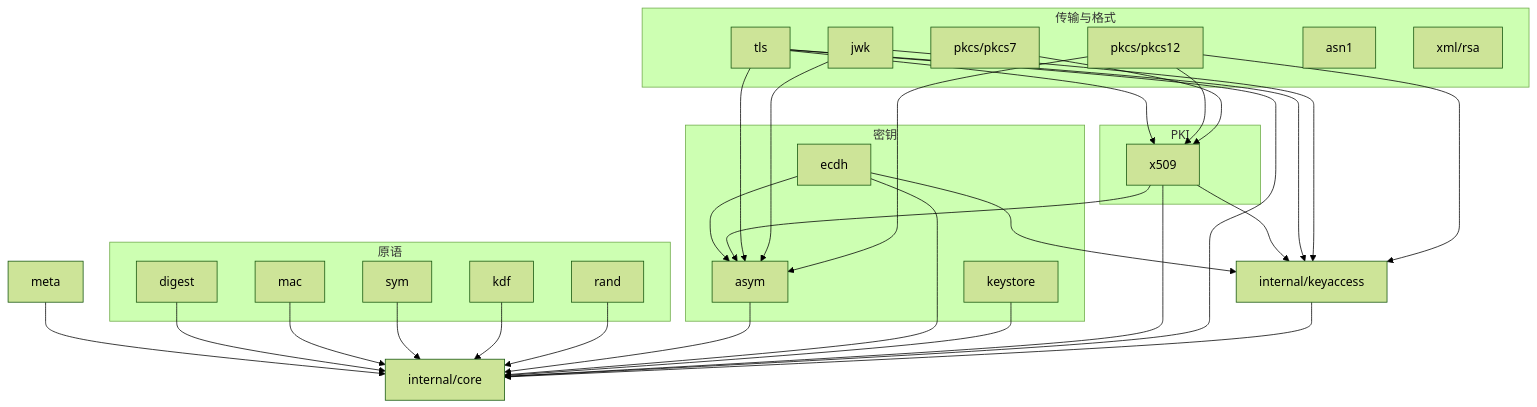
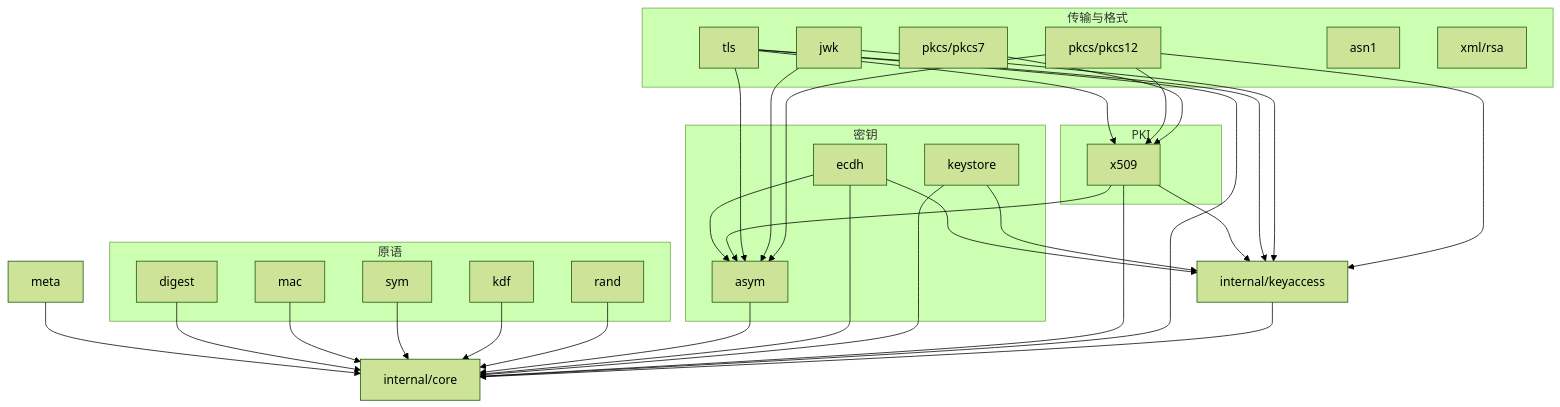
Before and after one commit to blue-cloud-net/tongsuo-go: the diagram in docs/refactor-roadmap.md, drawn with Mermaid (forest theme). The commit also changed other lines of this file and 6 other files, not shown here.

````diff
--- a/docs/refactor-roadmap.md
+++ b/docs/refactor-roadmap.md
@@ -104,54 +104,55 @@
 ```mermaid
 graph TD
   subgraph 原语
     digest
     mac
     sym
     kdf
     rand
   end
   subgraph 密钥
     asym
     ecdh
     keystore
   end
   subgraph PKI
     x509
   end
   subgraph 传输与格式
     tls
     jwk
     ocsp7["pkcs/pkcs7"]
     ocsp12["pkcs/pkcs12"]
     asn1
     xmlrsa["xml/rsa"]
   end
   core["internal/core"]
   keyaccess["internal/keyaccess"]
 
   meta --> core
   digest --> core
   mac --> core
   sym --> core
   kdf --> core
   rand --> core
   asym --> core
   ecdh --> core
   ecdh --> asym
   keystore --> core
   x509 --> core
   x509 --> asym
   tls --> x509
   tls --> asym
   tls --> core
   jwk --> asym
   ocsp12 --> x509
   ocsp12 --> asym
   ocsp7 --> x509
   ecdh --> keyaccess
   x509 --> keyaccess
   tls --> keyaccess
   jwk --> keyaccess
+  keystore --> keyaccess
   ocsp12 --> keyaccess
   keyaccess --> core
 ```
````
